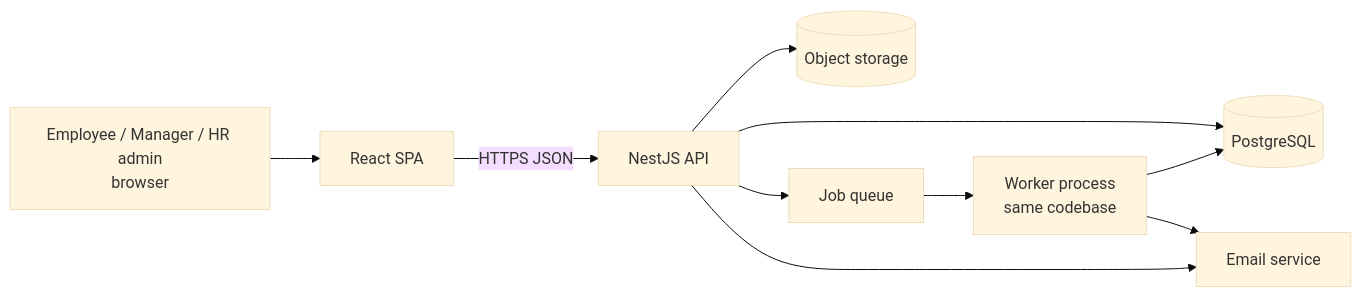
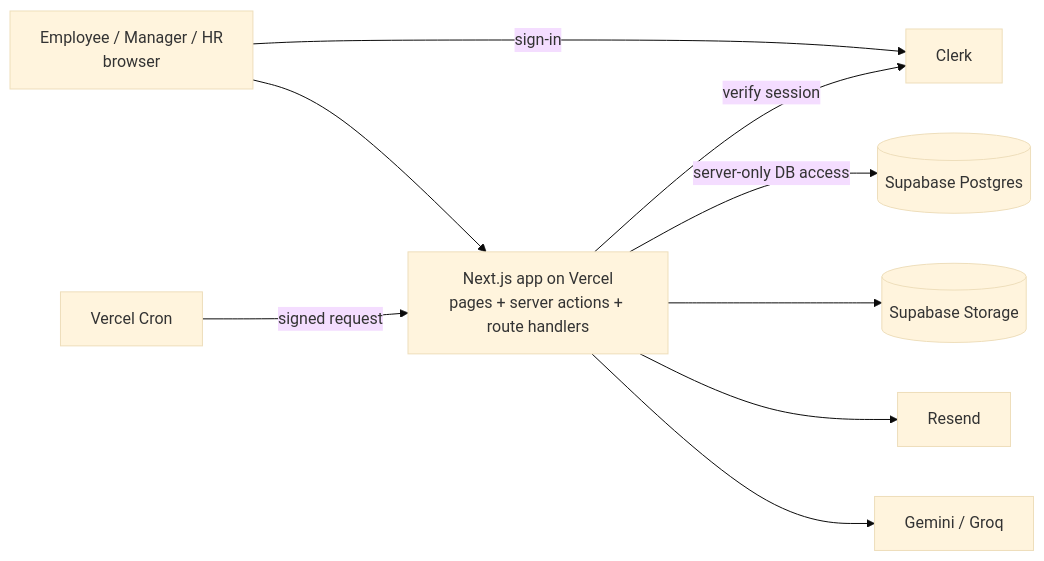
The first of 3 diagrams in ARCHITECTURE.md (josejrestrada/HRMS), drawn with Mermaid (base theme) before and after one commit. The commit also changed other lines of this file and 2 other files, not shown here.

Commit message:
Add CLAUDE.md, align ARCHITECTURE.md to Next.js/Supabase/Clerk stack, add decision log

````diff
--- a/ARCHITECTURE.md
+++ b/ARCHITECTURE.md
@@ -41,12 +45,11 @@
 ```mermaid
 flowchart LR
-    U[Employee / Manager / HR admin<br/>browser] --> FE[React SPA]
-    FE -->|HTTPS JSON| API[NestJS API]
-    API --> DB[(PostgreSQL)]
-    API --> OBJ[(Object storage)]
-    API --> Q[Job queue]
-    Q --> W[Worker process<br/>same codebase]
-    W --> DB
-    W --> MAIL[Email service]
-    API --> MAIL
+    U[Employee / Manager / HR<br/>browser] --> N[Next.js app on Vercel<br/>pages + server actions + route handlers]
+    U -->|sign-in| C[Clerk]
+    N -->|verify session| C
+    N -->|server-only DB access| DB[(Supabase Postgres)]
+    N --> ST[(Supabase Storage)]
+    N --> R[Resend]
+    N --> LLM[Gemini / Groq]
+    CR[Vercel Cron] -->|signed request| N
 ```
````
